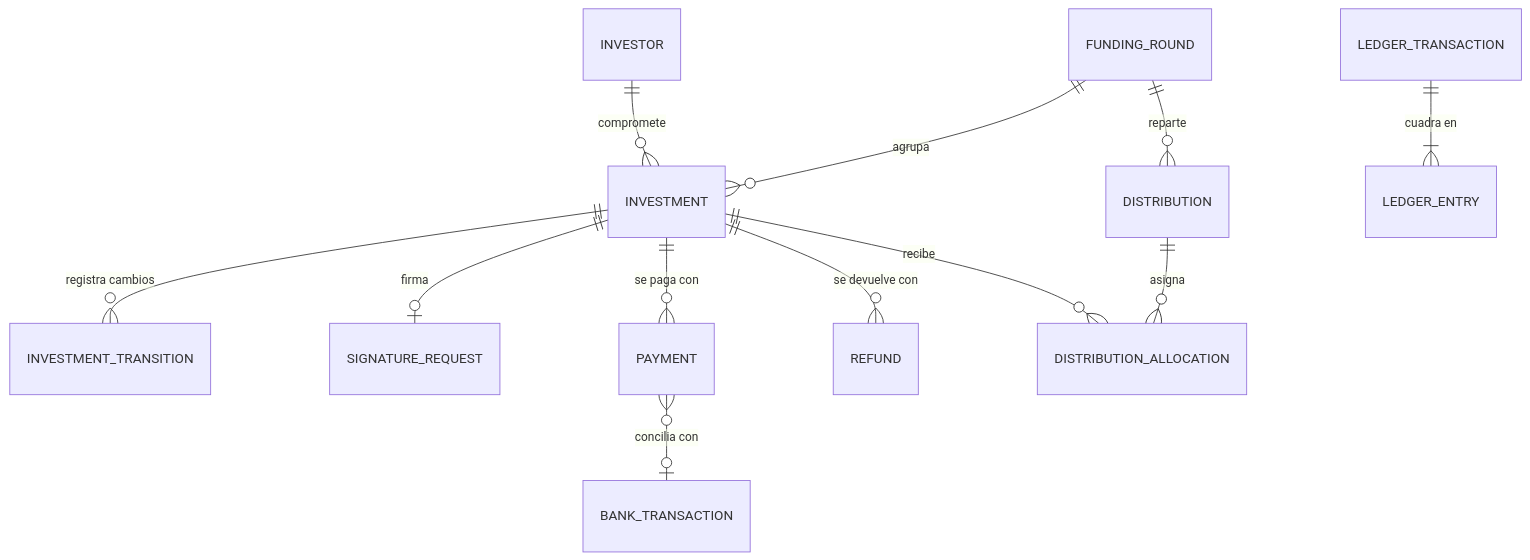
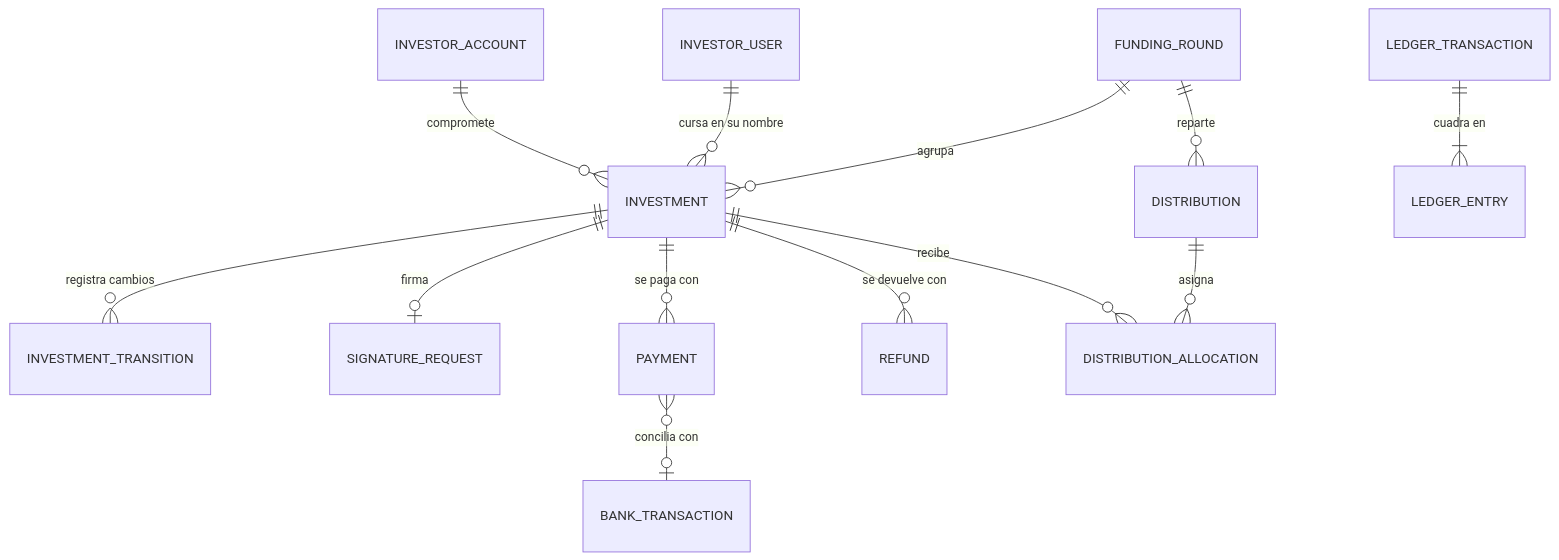
Before and after one commit to fjuarez-create/Your-virtual: the fourth of 6 diagrams in docs/plataforma/01-modelo-de-datos-y-arquitectura.md, drawn with Mermaid. The commit also changed other lines of this file and 13 other files, not shown here.

````diff
--- a/docs/plataforma/01-modelo-de-datos-y-arquitectura.md
+++ b/docs/plataforma/01-modelo-de-datos-y-arquitectura.md
@@ -315,14 +364,15 @@
 ```mermaid
 erDiagram
-    INVESTOR ||--o{ INVESTMENT : compromete
+    INVESTOR_ACCOUNT ||--o{ INVESTMENT : compromete
+    INVESTOR_USER ||--o{ INVESTMENT : "cursa en su nombre"
     FUNDING_ROUND ||--o{ INVESTMENT : agrupa
     INVESTMENT ||--o{ INVESTMENT_TRANSITION : "registra cambios"
     INVESTMENT ||--o| SIGNATURE_REQUEST : firma
     INVESTMENT ||--o{ PAYMENT : "se paga con"
     INVESTMENT ||--o{ REFUND : "se devuelve con"
     PAYMENT }o--o| BANK_TRANSACTION : "concilia con"
     FUNDING_ROUND ||--o{ DISTRIBUTION : "reparte"
     DISTRIBUTION ||--o{ DISTRIBUTION_ALLOCATION : "asigna"
     INVESTMENT ||--o{ DISTRIBUTION_ALLOCATION : "recibe"
     LEDGER_TRANSACTION ||--|{ LEDGER_ENTRY : "cuadra en"
 ```
````
